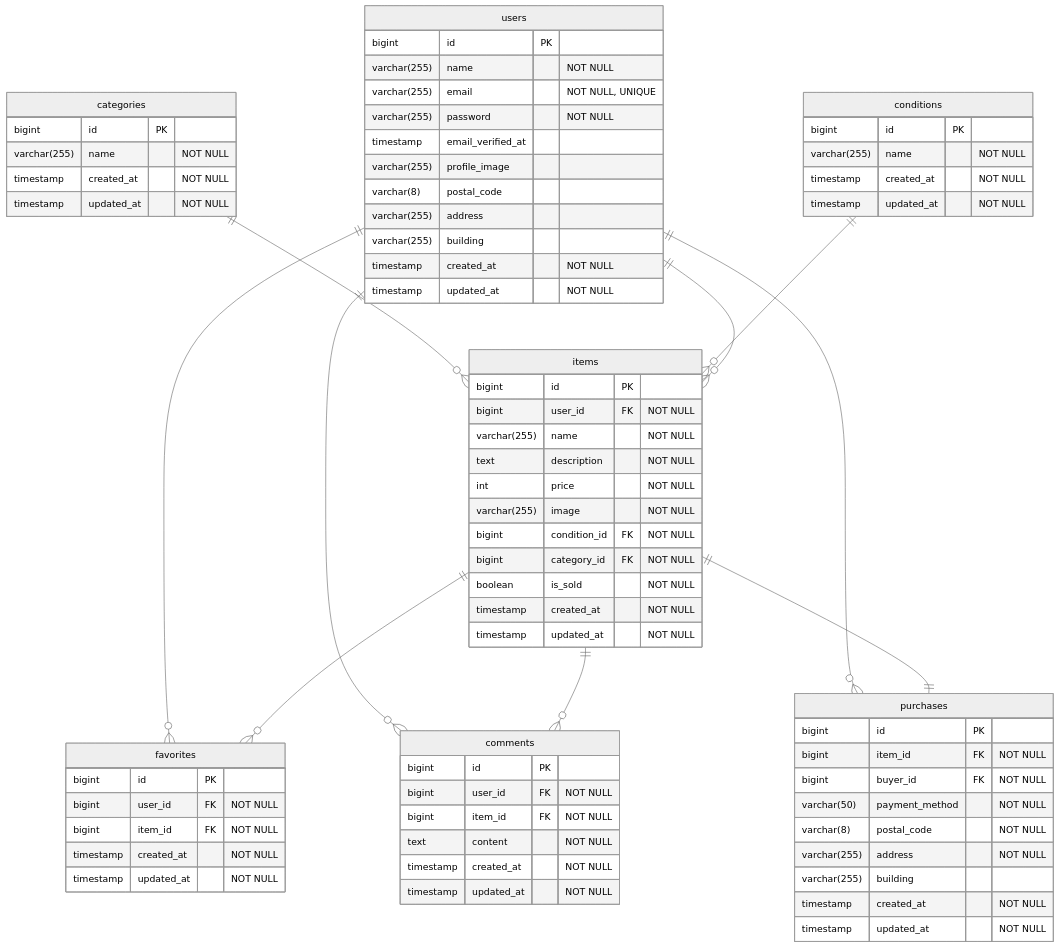
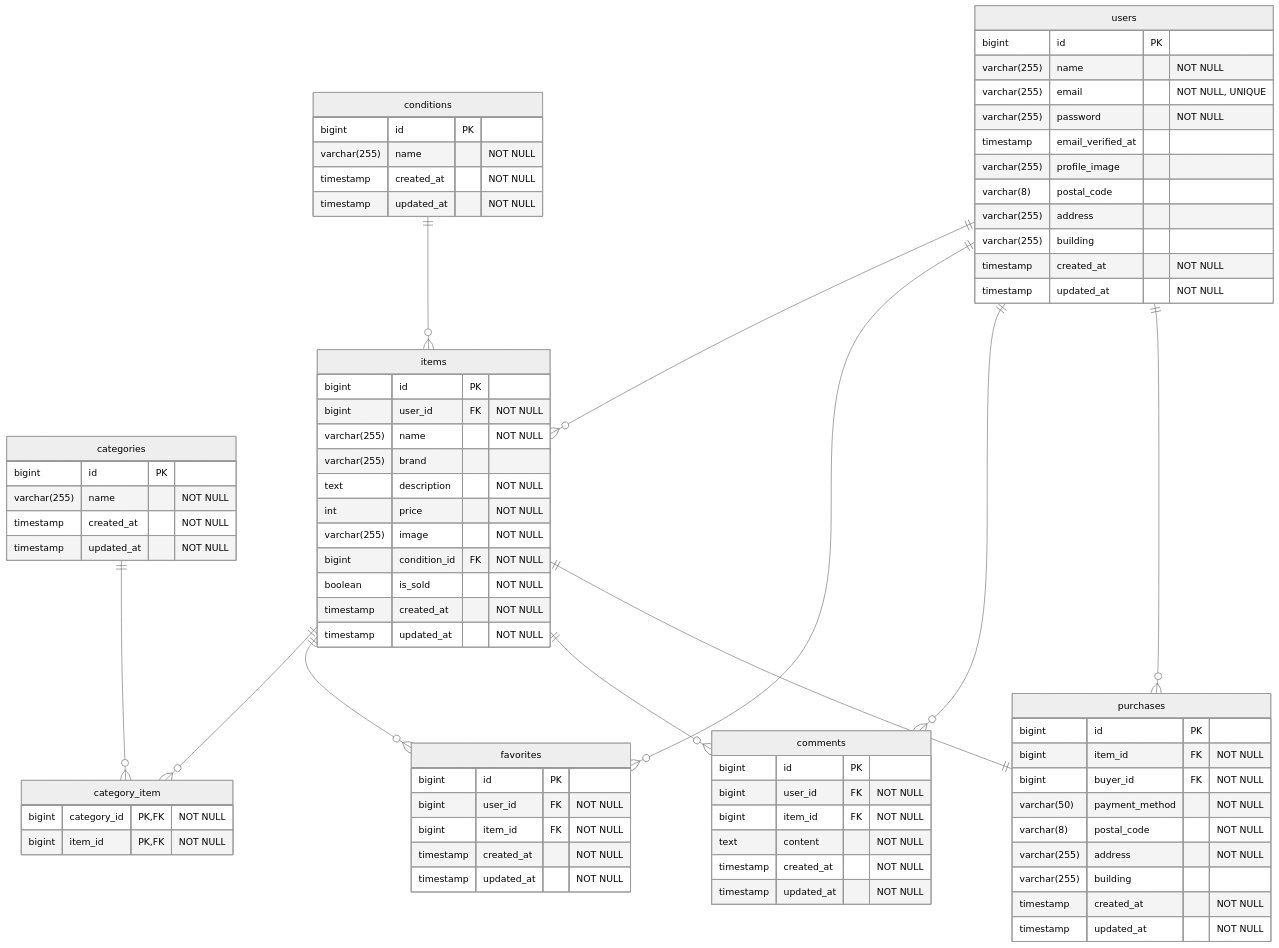
Before and after one commit to taotomo/flea-market-app: the diagram in README.md, drawn with Mermaid (neutral theme). The commit also changed other lines of this file and 80 other files, not shown here.

```diff
--- a/README.md
+++ b/README.md
@@ -36,14 +36,19 @@
     bigint id PK
     bigint user_id FK "NOT NULL"
     varchar(255) name "NOT NULL"
+    varchar(255) brand
     text description "NOT NULL"
     int price "NOT NULL"
     varchar(255) image "NOT NULL"
     bigint condition_id FK "NOT NULL"
-    bigint category_id FK "NOT NULL"
     boolean is_sold "NOT NULL"
     timestamp created_at "NOT NULL"
     timestamp updated_at "NOT NULL"
+  }
+
+  category_item {
+    bigint category_id PK,FK "NOT NULL"
+    bigint item_id PK,FK "NOT NULL"
   }
 
   favorites {
@@ -75,7 +80,8 @@
     timestamp updated_at "NOT NULL"
   }
 
-  categories ||--o{ items: ""
+  categories ||--o{ category_item: ""
+  items ||--o{ category_item: ""
   conditions ||--o{ items: ""
   users ||--o{ items: ""
   users ||--o{ favorites: ""
```
